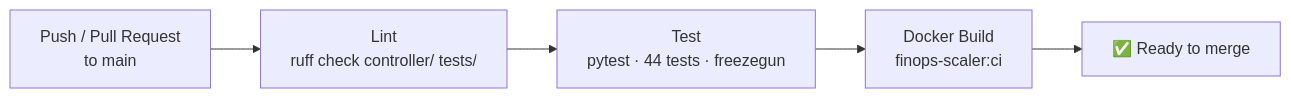
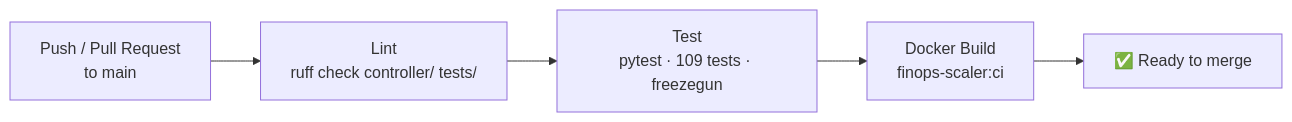
Before and after one commit to sriaratragada/Dynamic-Predictive-FinOps-Cluster-Down-Scaler: the seventh of 8 diagrams in OVERVIEW.md, drawn with Mermaid. The commit also changed other lines of this file and 2 other files, not shown here.

````diff
--- a/OVERVIEW.md
+++ b/OVERVIEW.md
@@ -198,7 +202,7 @@
 ```mermaid
 flowchart LR
   PR["Push / Pull Request\nto main"] --> L["Lint\nruff check controller/ tests/"]
-  L --> T["Test\npytest · 44 tests · freezegun"]
+  L --> T["Test\npytest · 109 tests · freezegun"]
   T --> D["Docker Build\nfinops-scaler:ci"]
   D --> OK["✅ Ready to merge"]
 ```
````
